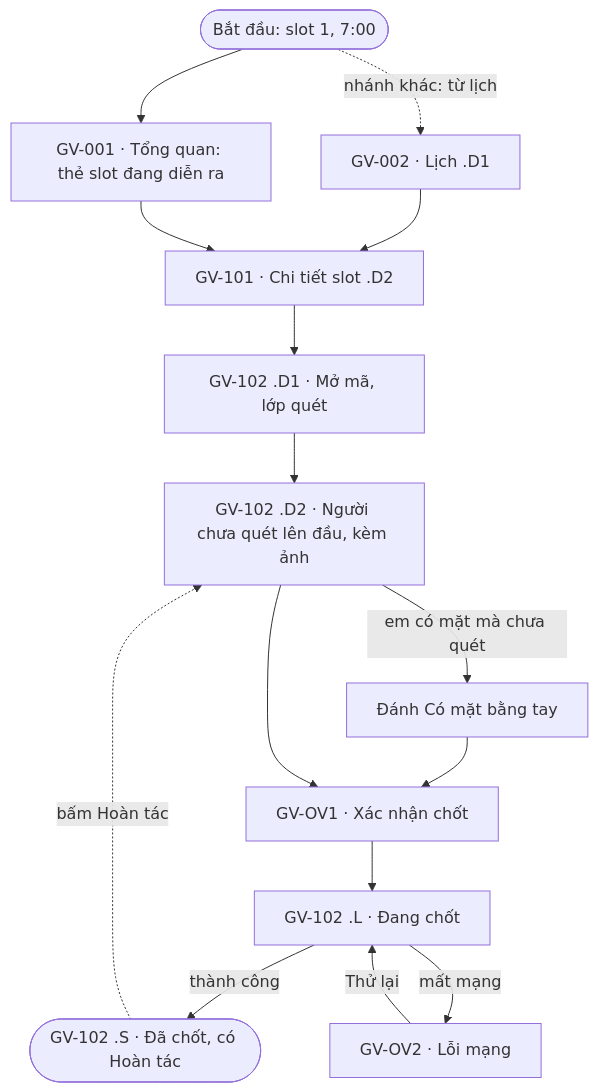
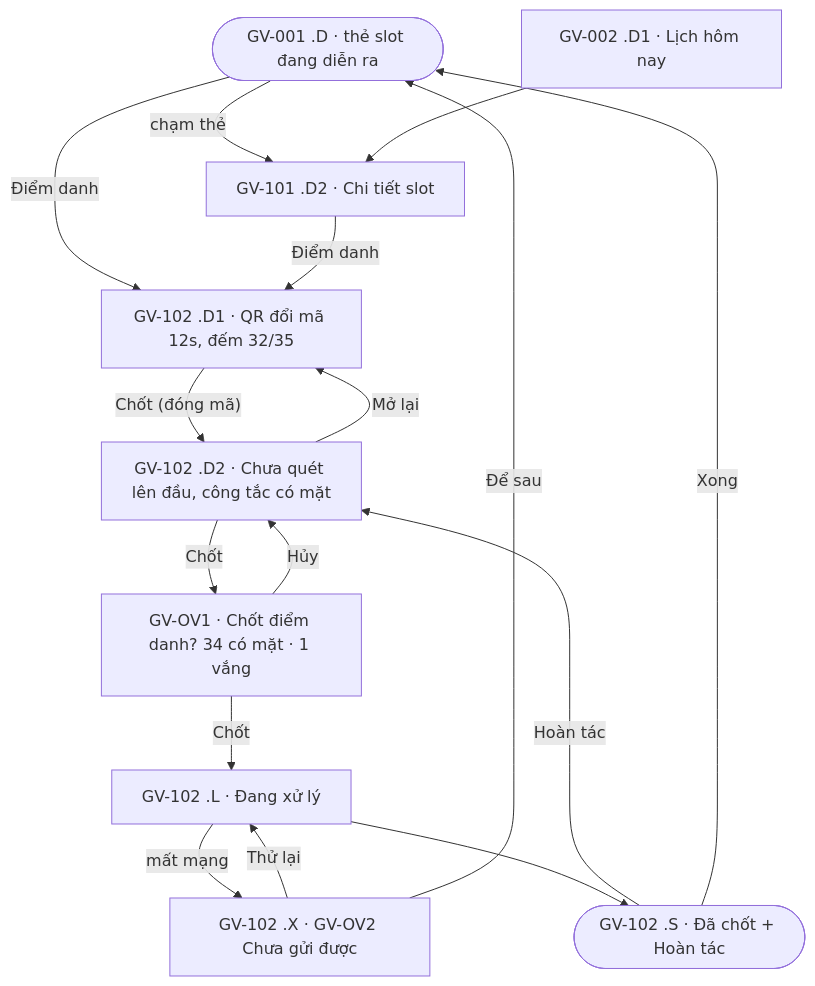
The third of 7 diagrams in ux/user-flow.md (thiengthb/prm323-lab2-SE190533), drawn with Mermaid before and after one commit. The commit also changed other lines of this file and 4 other files, not shown here.

Commit message:
Tài liệu Lab 2 khớp Final UI: user-flow v1.0, screen-spec v2.0, handoff v2.0, DESIGN v3.1

````diff
--- a/ux/user-flow.md
+++ b/ux/user-flow.md
@@ -123,17 +140,17 @@
 ```mermaid
 flowchart TD
-    A(["Bắt đầu: slot 1, 7:00"]) --> B["GV-001 · Tổng quan: thẻ slot đang diễn ra"]
-    A -.->|"nhánh khác: từ lịch"| B2["GV-002 · Lịch .D1"]
-    B2 --> C
-    B --> C["GV-101 · Chi tiết slot .D2"]
-    C --> D["GV-102 .D1 · Mở mã, lớp quét"]
-    D --> E["GV-102 .D2 · Người chưa quét lên đầu, kèm ảnh"]
-    E -->|"em có mặt mà chưa quét"| F["Đánh Có mặt bằng tay"]
-    F --> G
-    E --> G["GV-OV1 · Xác nhận chốt"]
-    G --> H["GV-102 .L · Đang chốt"]
-    H -->|"thành công"| I(["GV-102 .S · Đã chốt, có Hoàn tác"])
-    H -->|"mất mạng"| X["GV-OV2 · Lỗi mạng"]
-    X -->|"Thử lại"| H
-    I -.->|"bấm Hoàn tác"| E
+    A(["GV-001 .D · thẻ slot đang diễn ra"]) -->|"Điểm danh"| D1
+    A -->|"chạm thẻ"| S["GV-101 .D2 · Chi tiết slot"] -->|"Điểm danh"| D1
+    L["GV-002 .D1 · Lịch hôm nay"] --> S
+    D1["GV-102 .D1 · QR đổi mã 12s, đếm 32/35"] -->|"Chốt (đóng mã)"| D2["GV-102 .D2 · Chưa quét lên đầu, công tắc có mặt"]
+    D2 -->|"Mở lại"| D1
+    D2 -->|"Chốt"| OV1["GV-OV1 · Chốt điểm danh? 34 có mặt · 1 vắng"]
+    OV1 -->|"Hủy"| D2
+    OV1 -->|"Chốt"| L2["GV-102 .L · Đang xử lý"]
+    L2 -->|"mất mạng"| X["GV-102 .X · GV-OV2 Chưa gửi được"]
+    X -->|"Thử lại"| L2
+    X -->|"Để sau"| A
+    L2 --> S2(["GV-102 .S · Đã chốt + Hoàn tác"])
+    S2 -->|"Hoàn tác"| D2
+    S2 -->|"Xong"| A
 ```
````
